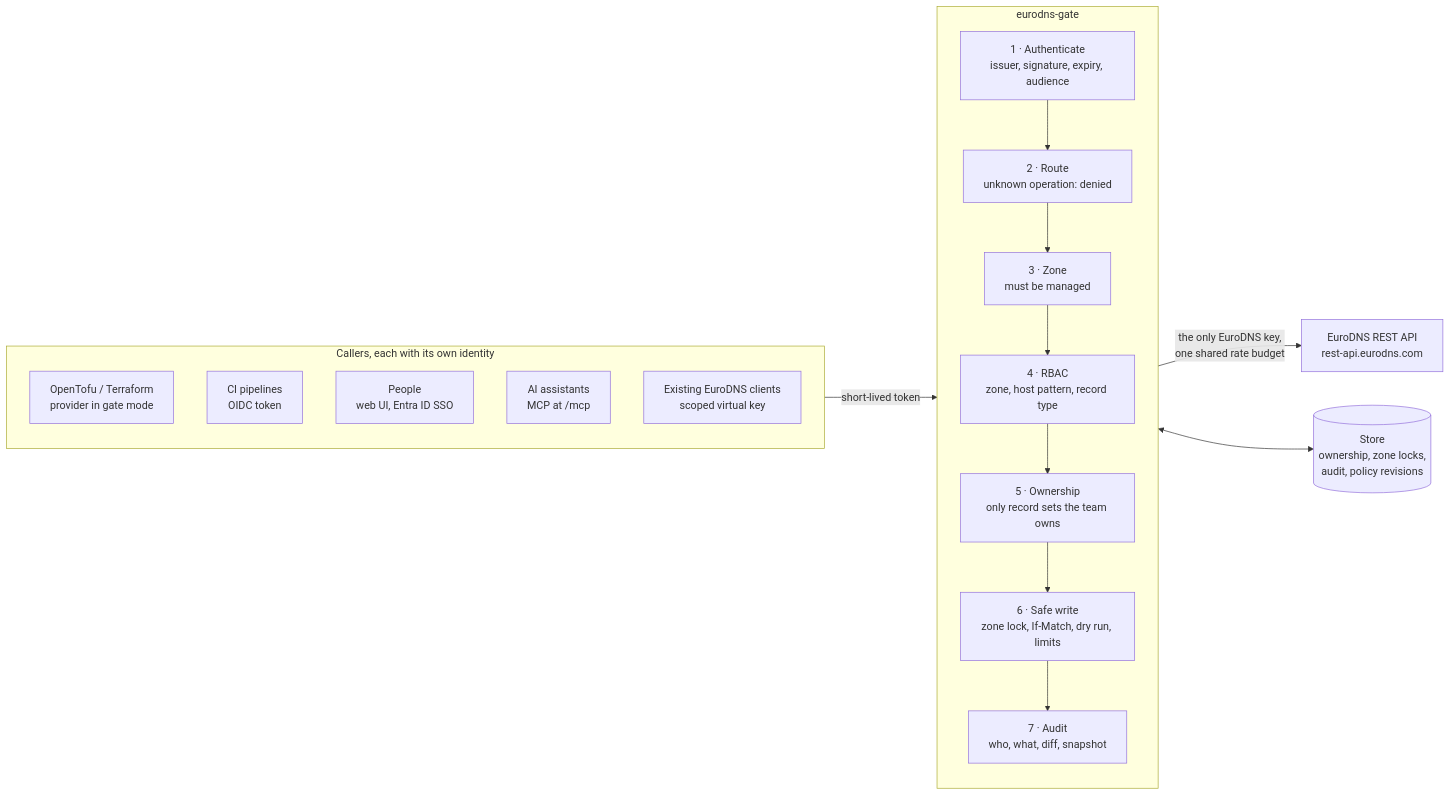
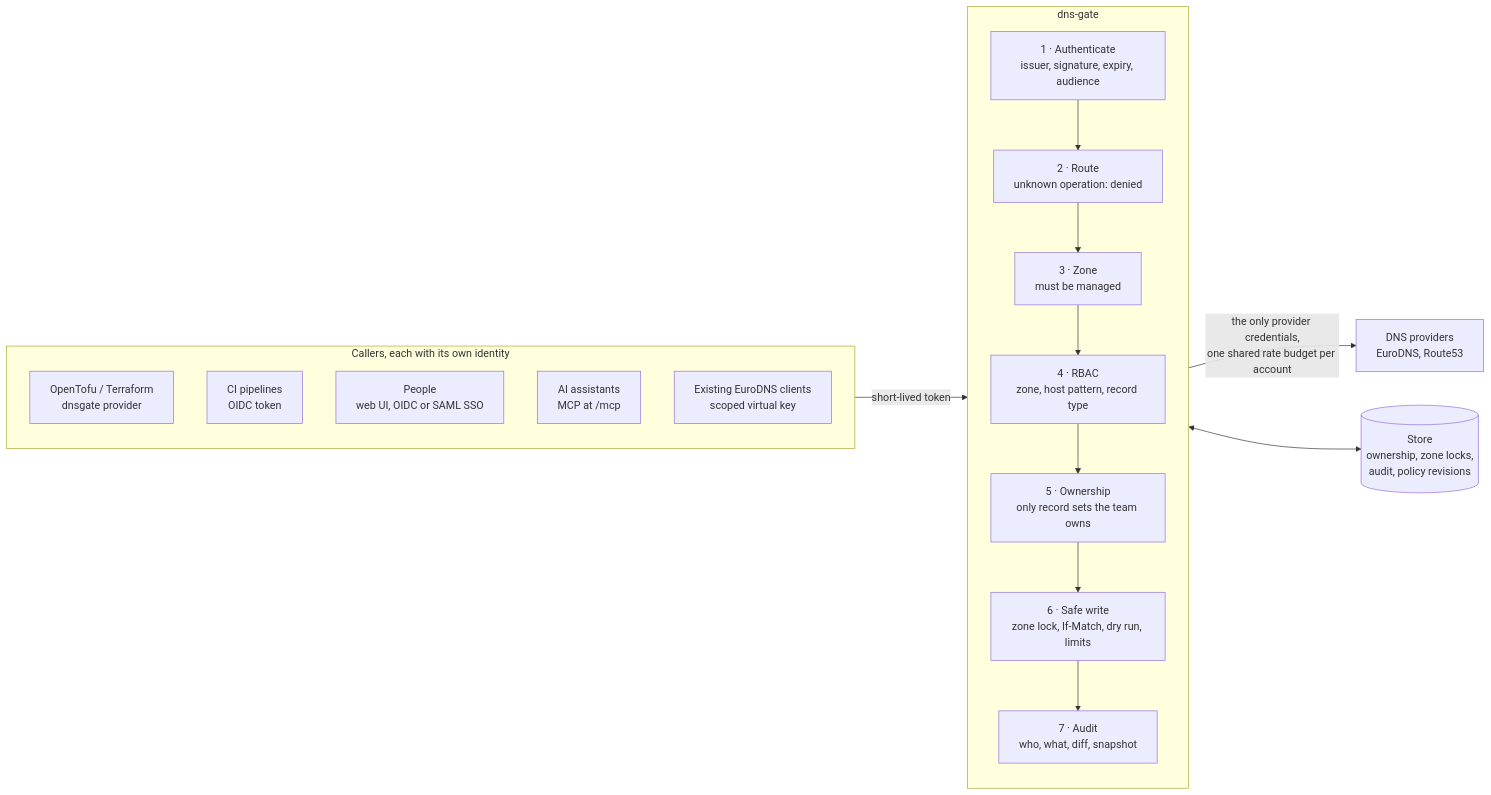
One commit to KamorionLabs/dns-gate changed the first of 2 diagrams in README.md. Above: the diagram before and after it, drawn with Mermaid. The commit also changed other lines of this file and 210 other files, not shown here.

First line of the commit message:
feat: dns-gate v0.6, multi-provider gate (EuroDNS, Route53) (#58)

````diff
--- a/README.md
+++ b/README.md
@@ -64,30 +74,30 @@
 ```mermaid
 flowchart LR
   subgraph callers["Callers, each with its own identity"]
     direction TB
-    tf["OpenTofu / Terraform<br/>provider in gate mode"]
+    tf["OpenTofu / Terraform<br/>dnsgate provider"]
     ci["CI pipelines<br/>OIDC token"]
-    people["People<br/>web UI, Entra ID SSO"]
+    people["People<br/>web UI, OIDC or SAML SSO"]
     agents["AI assistants<br/>MCP at /mcp"]
     legacy["Existing EuroDNS clients<br/>scoped virtual key"]
   end
 
-  subgraph gate["eurodns-gate"]
+  subgraph gate["dns-gate"]
     direction TB
     authn["1 · Authenticate<br/>issuer, signature, expiry, audience"]
     route["2 · Route<br/>unknown operation: denied"]
     zone["3 · Zone<br/>must be managed"]
     rbac["4 · RBAC<br/>zone, host pattern, record type"]
     own["5 · Ownership<br/>only record sets the team owns"]
     write["6 · Safe write<br/>zone lock, If-Match, dry run, limits"]
     audit["7 · Audit<br/>who, what, diff, snapshot"]
     authn --> route --> zone --> rbac --> own --> write --> audit
   end
 
   store[("Store<br/>ownership, zone locks,<br/>audit, policy revisions")]
-  eurodns["EuroDNS REST API<br/>rest-api.eurodns.com"]
+  eurodns["DNS providers<br/>EuroDNS, Route53"]
 
   callers -- "short-lived token" --> gate
-  gate -- "the only EuroDNS key,<br/>one shared rate budget" --> eurodns
+  gate -- "the only provider credentials,<br/>one shared rate budget per account" --> eurodns
   gate <--> store
 ```
````
